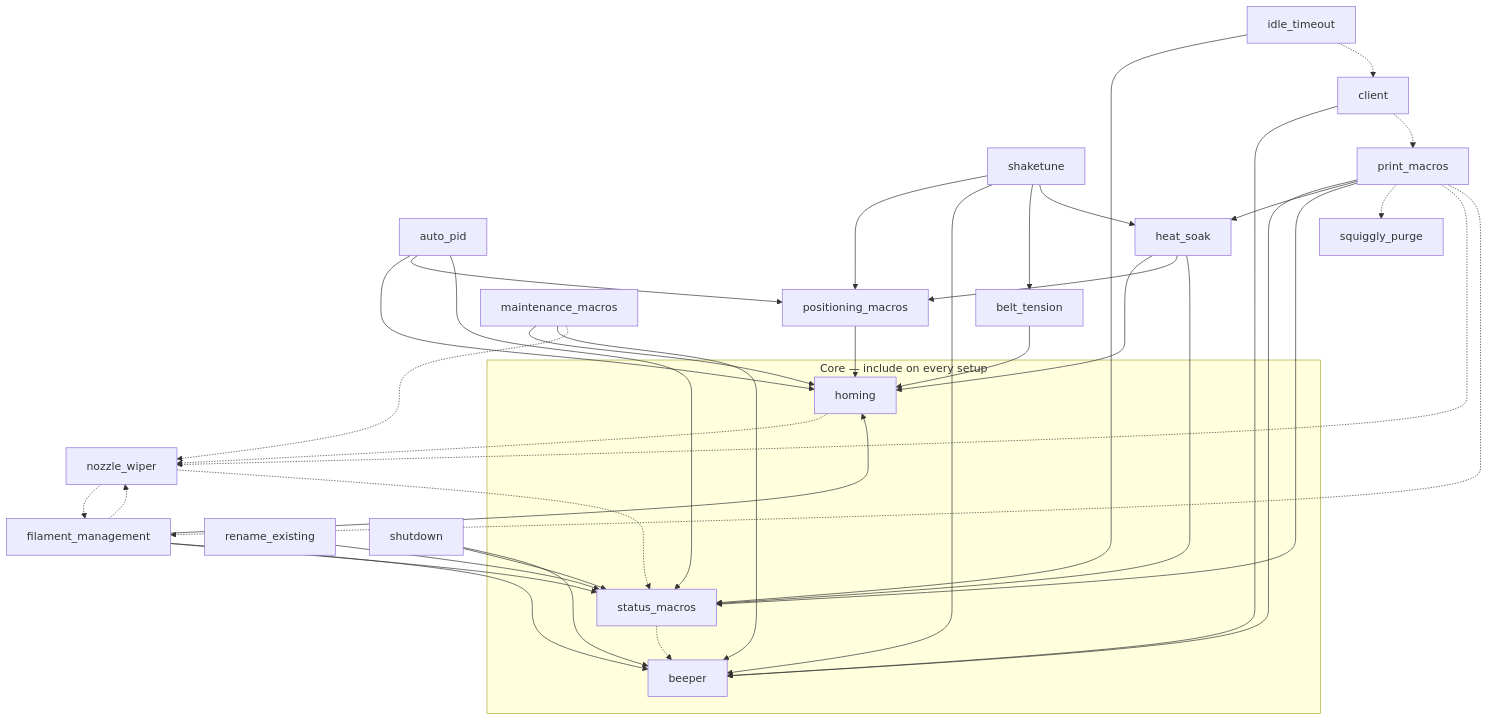
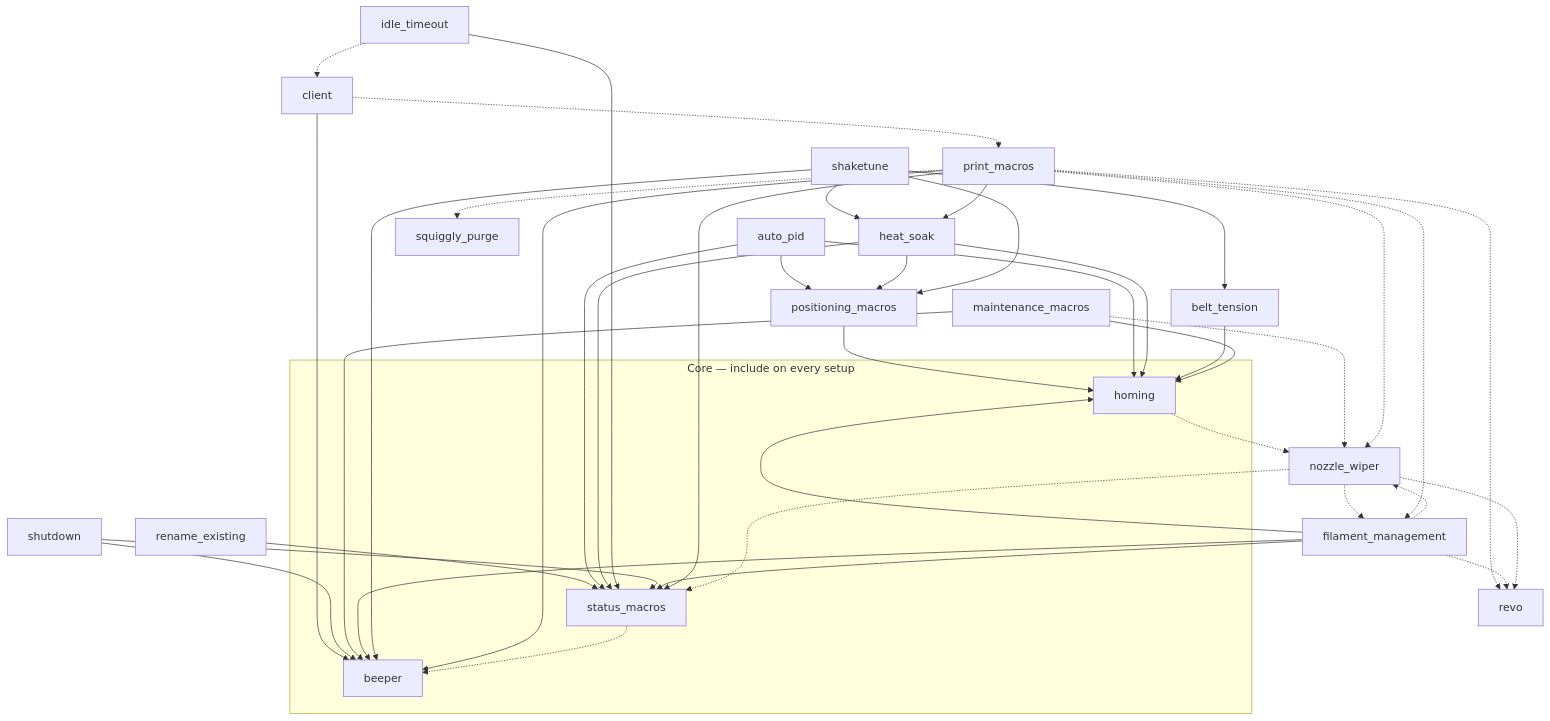
One commit to NerdyGriffin/klipper-nerdygriffin-macros changed the diagram in docs/DEPENDENCIES.md. Above: the diagram before and after it, drawn with Mermaid. The commit also changed other lines of this file and 8 other files, not shown here.

````diff
--- a/docs/DEPENDENCIES.md
+++ b/docs/DEPENDENCIES.md
@@ -43,48 +43,51 @@
 ```mermaid
 graph TD
   subgraph core["Core — include on every setup"]
     beeper
     status_macros
     homing
   end
 
   %% ---- required (solid) ----
   positioning_macros --> homing
   rename_existing --> status_macros
   auto_pid --> homing
   auto_pid --> positioning_macros
   auto_pid --> status_macros
   heat_soak --> homing
   heat_soak --> positioning_macros
   heat_soak --> status_macros
   belt_tension --> homing
   client --> beeper
   idle_timeout --> status_macros
   shutdown --> status_macros
   shutdown --> beeper
   maintenance_macros --> homing
   maintenance_macros --> beeper
   filament_management --> homing
   filament_management --> status_macros
   filament_management --> beeper
   shaketune --> positioning_macros
   shaketune --> beeper
   shaketune --> belt_tension
   shaketune --> heat_soak
   print_macros --> beeper
   print_macros --> heat_soak
   print_macros --> status_macros
 
   %% ---- optional (dashed) ----
   idle_timeout -.-> client
   client -.-> print_macros
   status_macros -.-> beeper
   homing -.-> nozzle_wiper
   maintenance_macros -.-> nozzle_wiper
   filament_management -.-> nozzle_wiper
   nozzle_wiper -.-> status_macros
   nozzle_wiper -.-> filament_management
   print_macros -.-> squiggly_purge
   print_macros -.-> nozzle_wiper
   print_macros -.-> filament_management
+  print_macros -.-> revo
+  filament_management -.-> revo
+  nozzle_wiper -.-> revo
 ```
````
